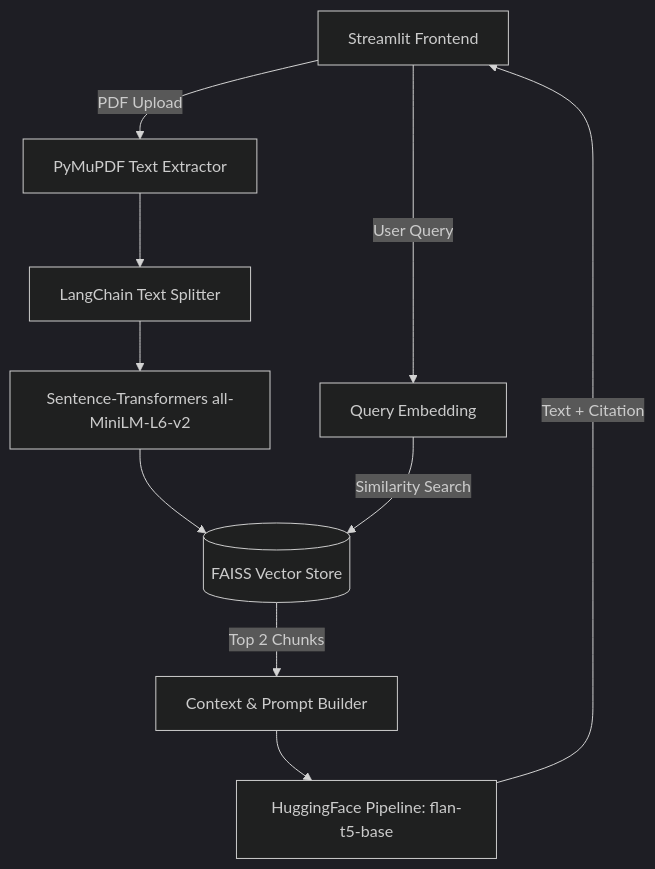
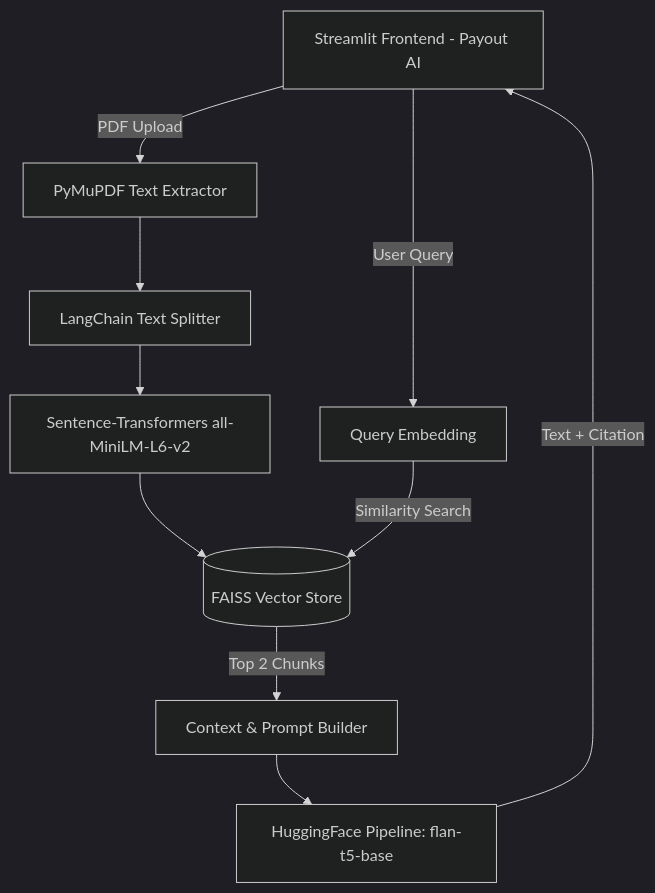
The first of 2 diagrams in README.md (likhitha58/FINANCIAL-RAG-APP), drawn with Mermaid (dark theme) before and after one commit. The commit also changed other lines of this file and 1 other file, not shown here.

Commit message:
docs: update README and Viva Guide with Payout AI branding

````diff
--- a/README.md
+++ b/README.md
@@ -12,13 +12,13 @@
 ```mermaid
 graph TD
-    UI[Streamlit Frontend] -->|PDF Upload| Extractor[PyMuPDF Text Extractor]
+    UI[Streamlit Frontend - Payout AI] -->|PDF Upload| Extractor[PyMuPDF Text Extractor]
     Extractor --> Chunker[LangChain Text Splitter]
     Chunker --> Embedder[Sentence-Transformers all-MiniLM-L6-v2]
     Embedder --> VectorDB[(FAISS Vector Store)]
     
     UI -->|User Query| QueryEmbedder[Query Embedding]
     QueryEmbedder -->|Similarity Search| VectorDB
     VectorDB -->|Top 2 Chunks| ContextBuilder[Context & Prompt Builder]
     ContextBuilder --> LLM[HuggingFace Pipeline: flan-t5-base]
     LLM -->|Text + Citation| UI
 ```
````
